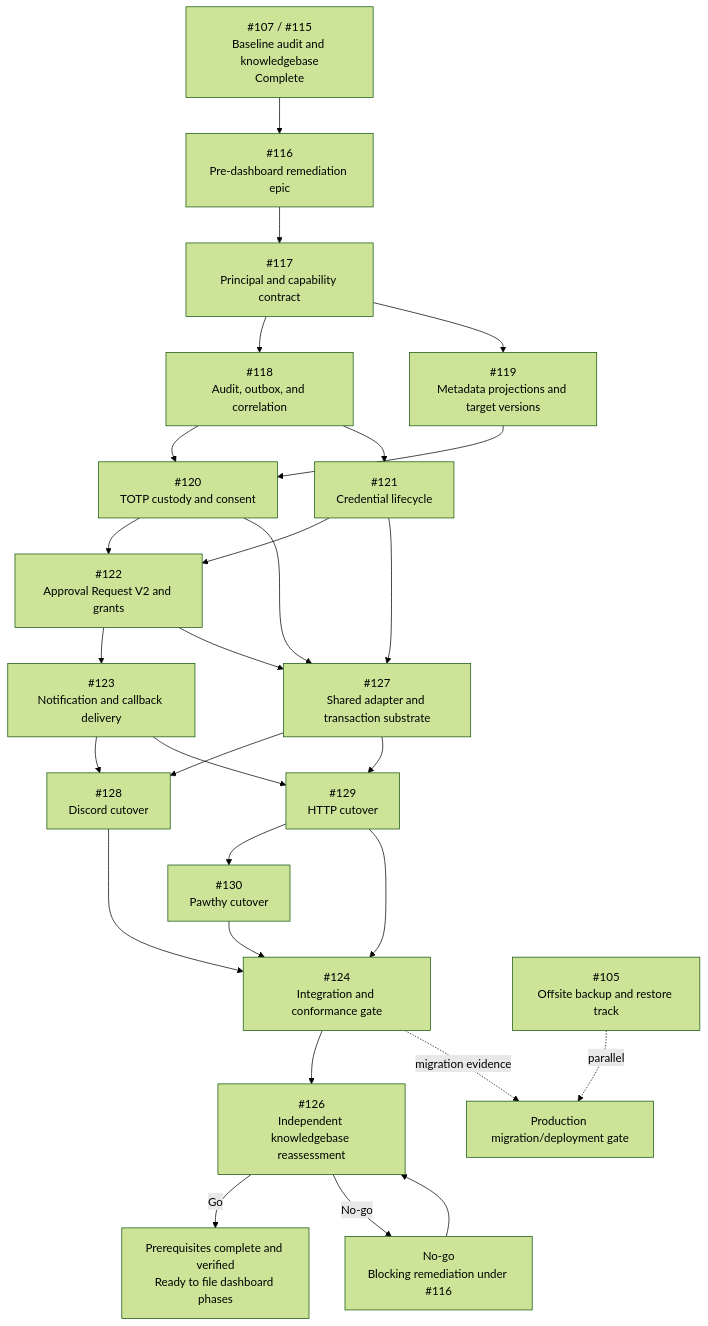
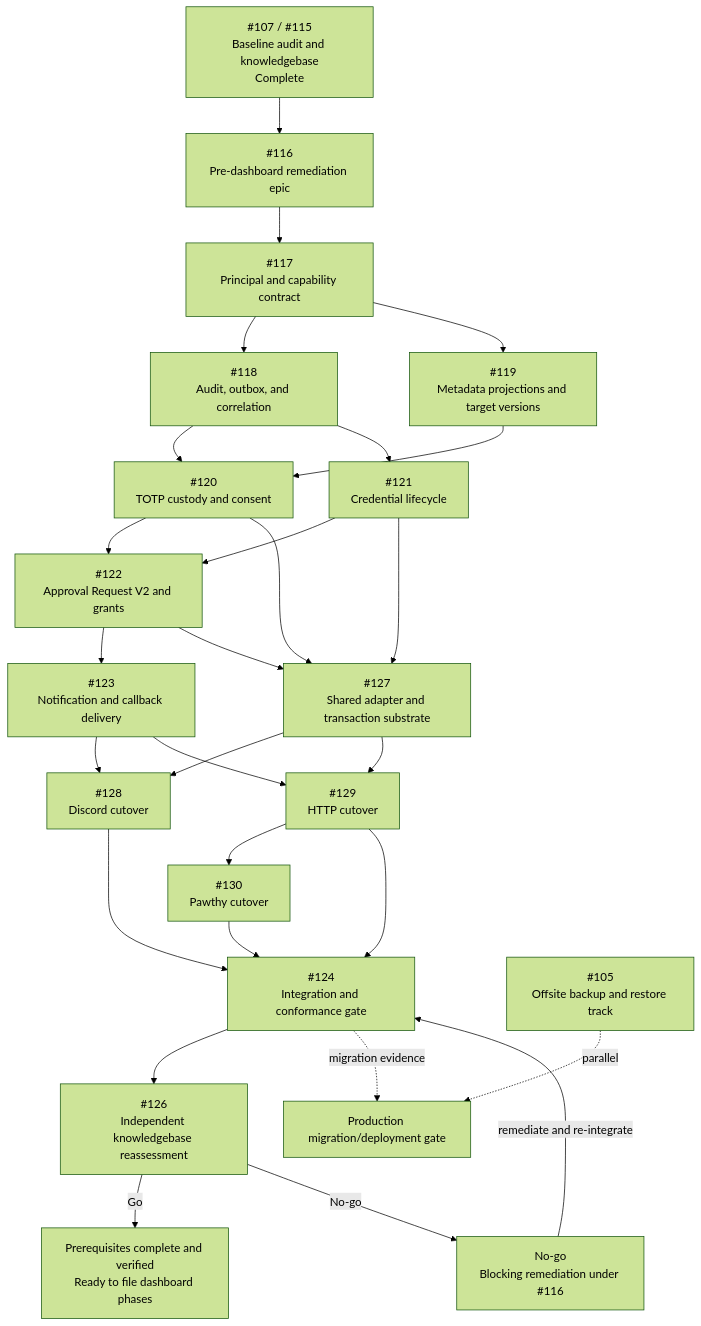
One commit to kuasha420/purrmission changed the diagram in docs/epics/rbac-prerequisite-execution-graph.md. Above: the diagram before and after it, drawn with Mermaid (forest theme). The commit also changed other lines of this file, not shown here.

````diff
--- a/docs/epics/rbac-prerequisite-execution-graph.md
+++ b/docs/epics/rbac-prerequisite-execution-graph.md
@@ -53,50 +53,50 @@
 ```mermaid
 flowchart TD
   BASE["#107 / #115<br/>Baseline audit and knowledgebase<br/>Complete"]
   EPIC["#116<br/>Pre-dashboard remediation epic"]
   I117["#117<br/>Principal and capability contract"]
   I118["#118<br/>Audit, outbox, and correlation"]
   I119["#119<br/>Metadata projections and target versions"]
   I120["#120<br/>TOTP custody and consent"]
   I121["#121<br/>Credential lifecycle"]
   I122["#122<br/>Approval Request V2 and grants"]
   I123["#123<br/>Notification and callback delivery"]
   I127["#127<br/>Shared adapter and transaction substrate"]
   I128["#128<br/>Discord cutover"]
   I129["#129<br/>HTTP cutover"]
   I130["#130<br/>Pawthy cutover"]
   I124["#124<br/>Integration and conformance gate"]
   I126["#126<br/>Independent knowledgebase reassessment"]
   READY["Prerequisites complete and verified<br/>Ready to file dashboard phases"]
   NOGO["No-go<br/>Blocking remediation under #116"]
   I105["#105<br/>Offsite backup and restore track"]
   PROD["Production migration/deployment gate"]
 
   BASE --> EPIC
   EPIC --> I117
   I117 --> I118
   I117 --> I119
   I118 --> I120
   I119 --> I120
   I118 --> I121
   I120 --> I122
   I121 --> I122
   I122 --> I123
   I120 --> I127
   I121 --> I127
   I122 --> I127
   I123 --> I128
   I127 --> I128
   I123 --> I129
   I127 --> I129
   I129 --> I130
   I128 --> I124
   I129 --> I124
   I130 --> I124
   I124 --> I126
   I126 -->|Go| READY
   I126 -->|No-go| NOGO
-  NOGO --> I126
+  NOGO -->|remediate and re-integrate| I124
   I105 -. parallel .-> PROD
   I124 -. migration evidence .-> PROD
 ```
````
